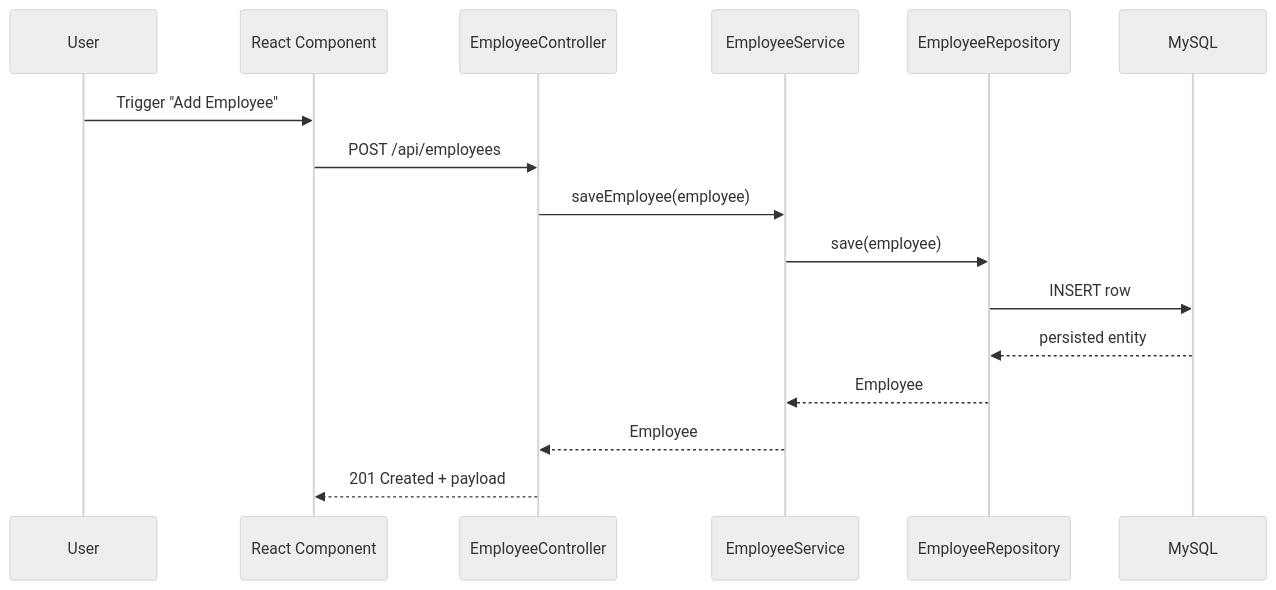
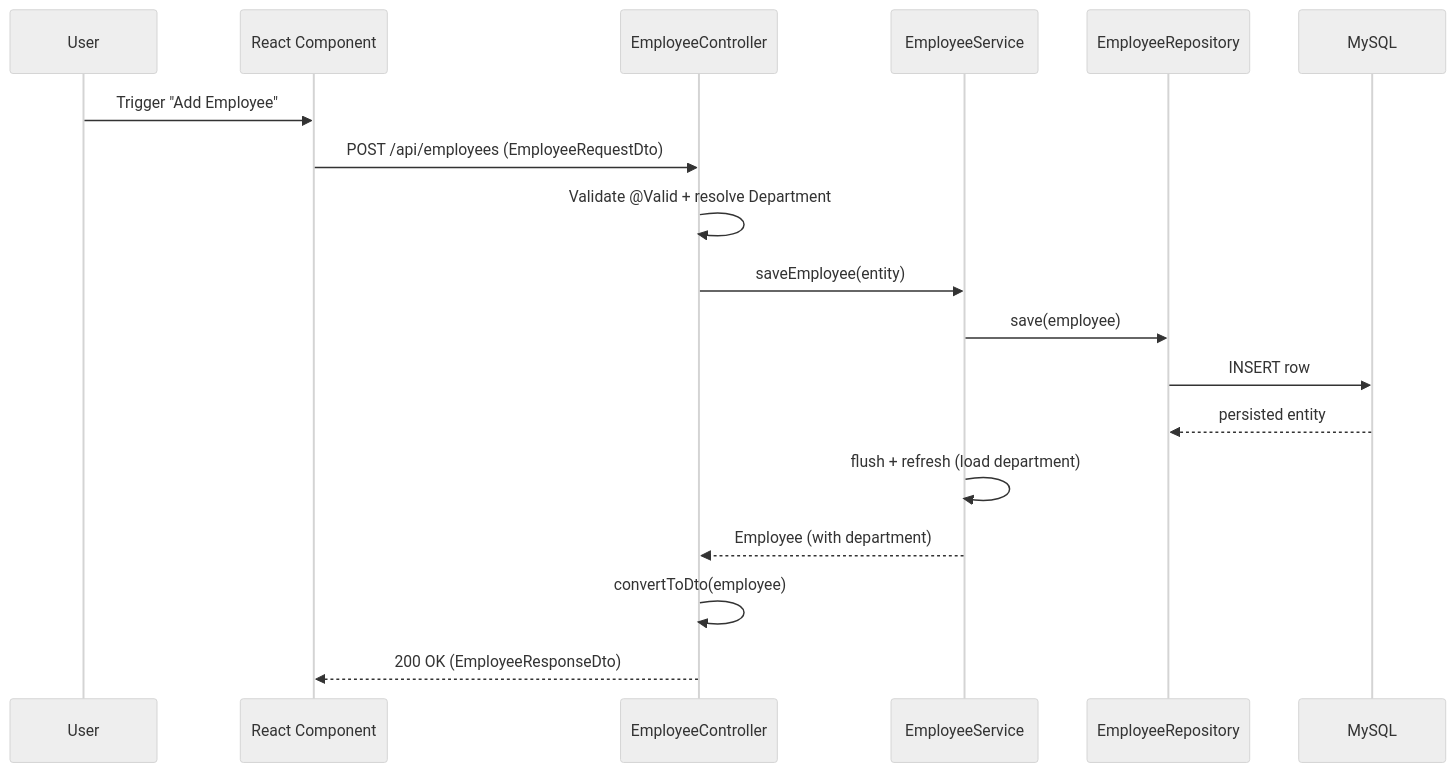
The second of 9 diagrams in README.md (hoangsonww/Employee-Management-Fullstack-App), drawn with Mermaid (neutral theme) before and after one commit. The commit also changed other lines of this file and 121 other files, not shown here.

````diff
--- a/README.md
+++ b/README.md
@@ -123,18 +123,20 @@
 ```mermaid
 sequenceDiagram
     participant U as User
     participant UI as React Component
     participant C as EmployeeController
     participant S as EmployeeService
     participant R as EmployeeRepository
     participant DB as MySQL
     U->>UI: Trigger "Add Employee"
-    UI->>C: POST /api/employees
-    C->>S: saveEmployee(employee)
+    UI->>C: POST /api/employees (EmployeeRequestDto)
+    C->>C: Validate @Valid + resolve Department
+    C->>S: saveEmployee(entity)
     S->>R: save(employee)
     R->>DB: INSERT row
     DB-->>R: persisted entity
-    R-->>S: Employee
-    S-->>C: Employee
-    C-->>UI: 201 Created + payload
+    S->>S: flush + refresh (load department)
+    S-->>C: Employee (with department)
+    C->>C: convertToDto(employee)
+    C-->>UI: 200 OK (EmployeeResponseDto)
 ```
````
